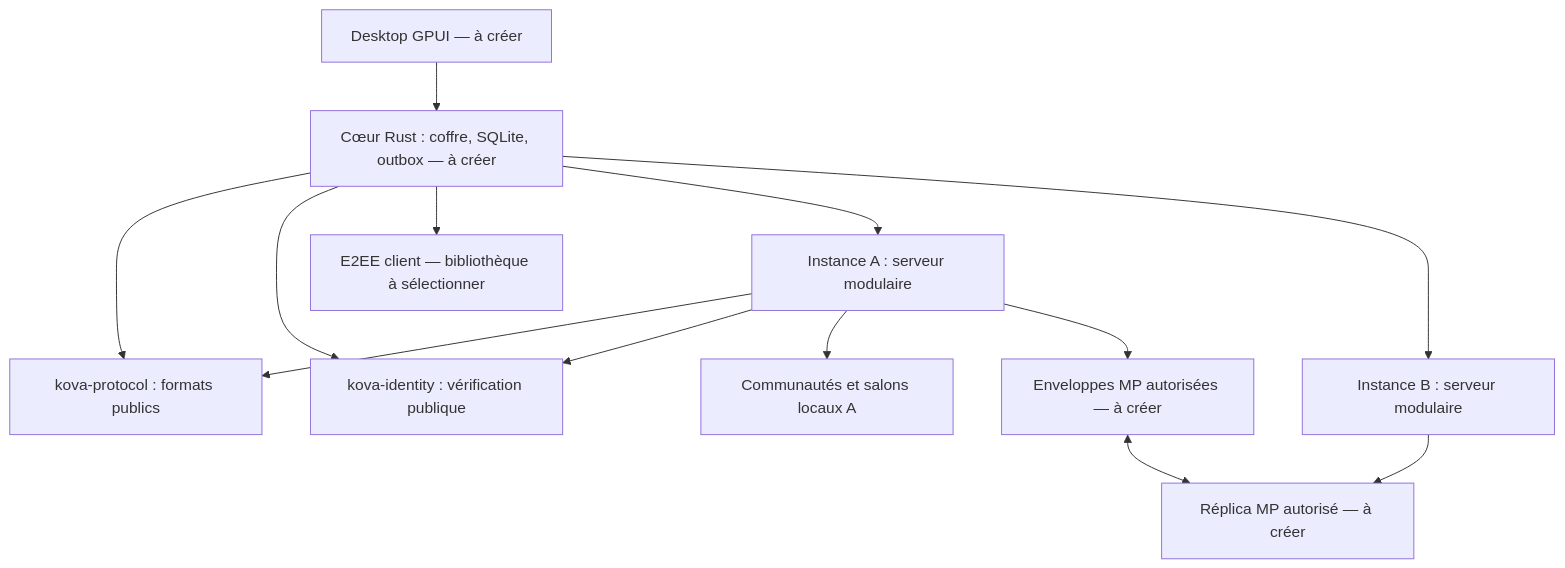
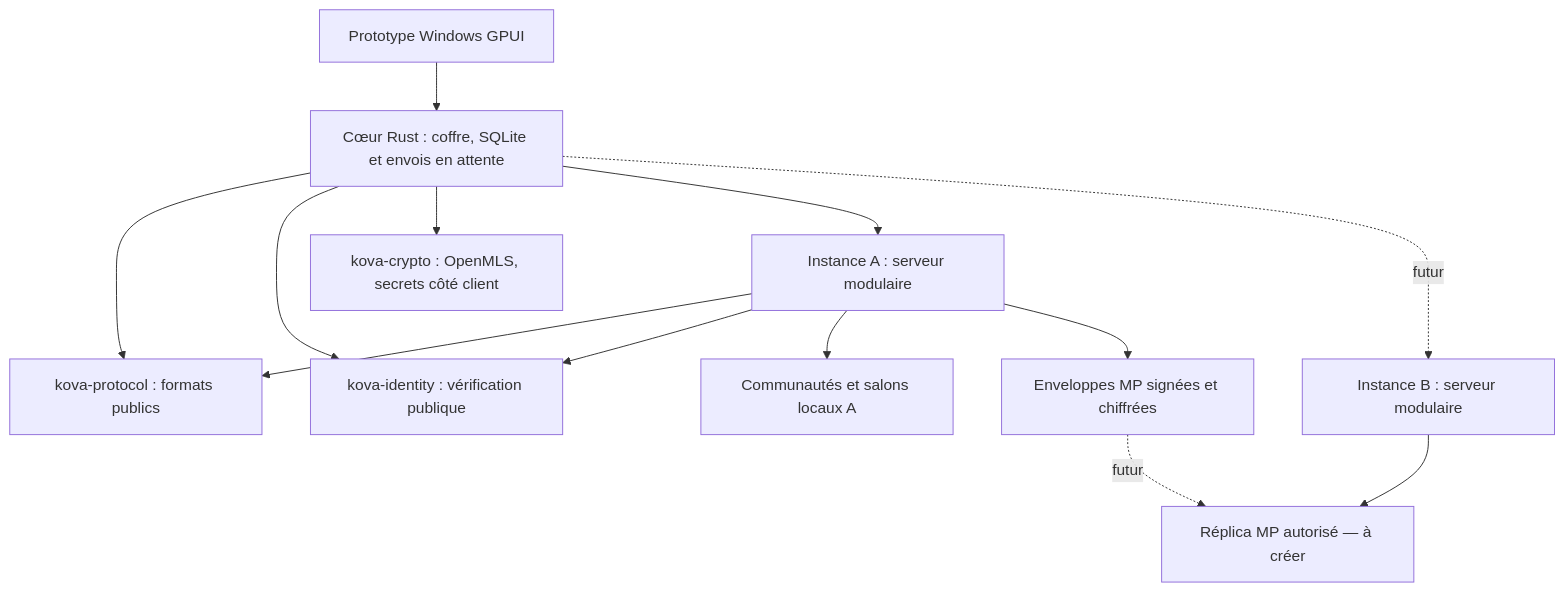
Before and after one commit to Kovanderhaege/kova: the diagram in docs/architecture.md, drawn with Mermaid. The commit also changed 38 other files, not shown here.

````diff
--- a/docs/architecture.md
+++ b/docs/architecture.md
@@ -3,15 +3,15 @@
 ```mermaid
 flowchart TB
-    UI[Desktop GPUI — à créer] --> Core[Cœur Rust : coffre, SQLite, outbox — à créer]
+    UI[Prototype Windows GPUI] --> Core[Cœur Rust : coffre, SQLite et envois en attente]
     Core --> Protocol[kova-protocol : formats publics]
     Core --> Identity[kova-identity : vérification publique]
-    Core --> Crypto[E2EE client — bibliothèque à sélectionner]
+    Core --> Crypto[kova-crypto : OpenMLS, secrets côté client]
     Core --> A[Instance A : serveur modulaire]
-    Core --> B[Instance B : serveur modulaire]
+    Core -. futur .-> B[Instance B : serveur modulaire]
     A --> Protocol
     A --> Identity
     A --> Community[Communautés et salons locaux A]
-    A --> DM[Enveloppes MP autorisées — à créer]
+    A --> DM[Enveloppes MP signées et chiffrées]
     B --> Replica[Réplica MP autorisé — à créer]
-    DM <--> Replica
+    DM -. futur .-> Replica
 ```
````
